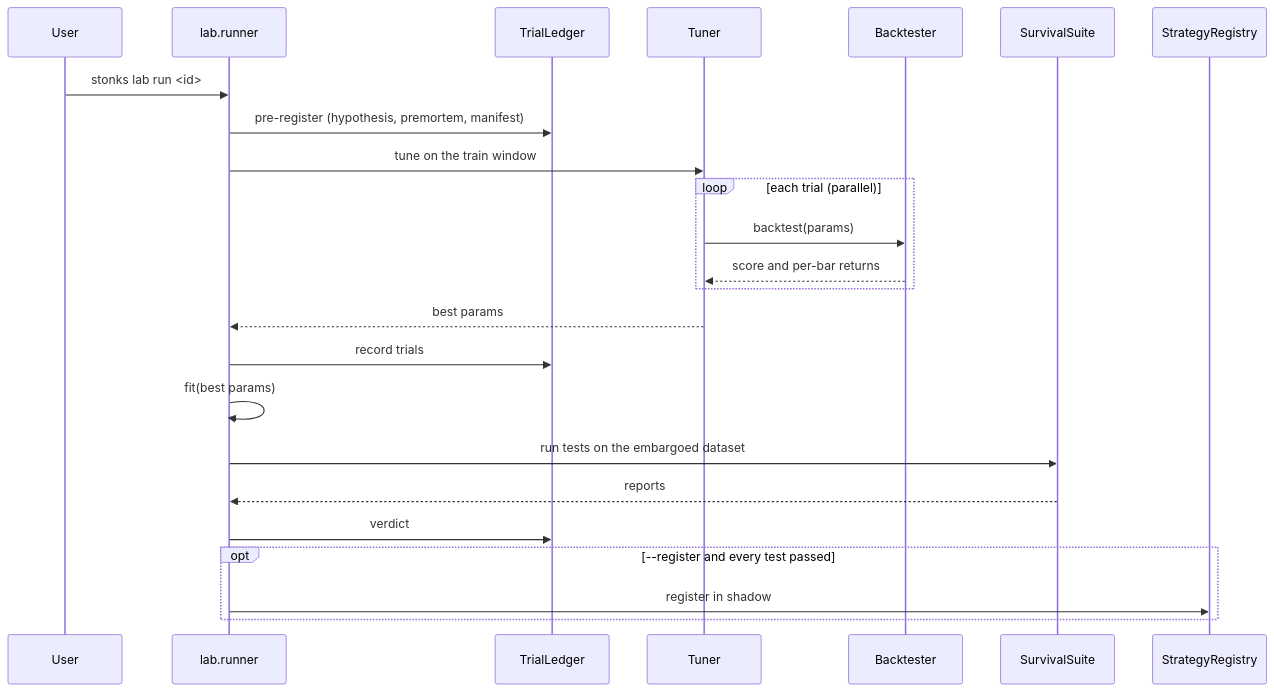
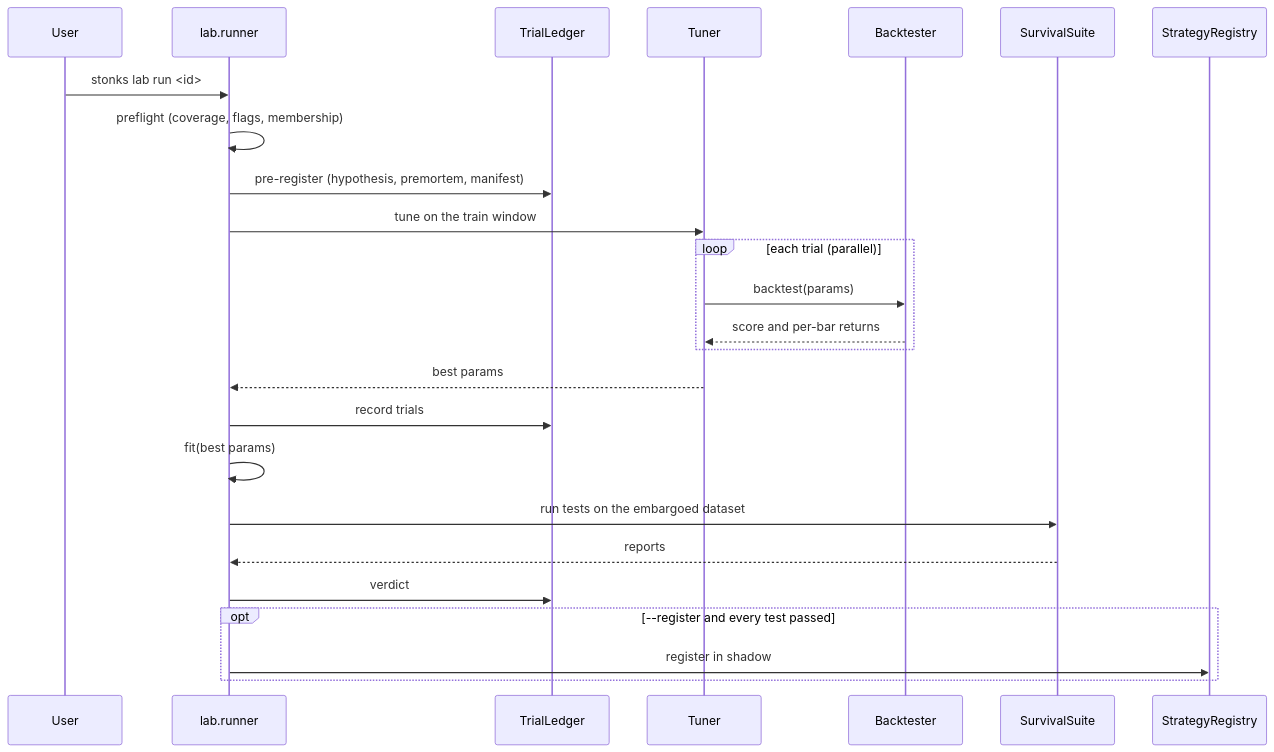
Before and after one commit to sleousis/Stonks: the diagram in docs/blocks/03_strategy_lab.md, drawn with Mermaid. The commit also changed other lines of this file and 1 other file, not shown here.

First line of the commit message:
Document statement audit, universe membership and lab preflight

````diff
--- a/docs/blocks/03_strategy_lab.md
+++ b/docs/blocks/03_strategy_lab.md
@@ -94,26 +96,27 @@
 ```mermaid
 sequenceDiagram
     participant User
     participant Runner as lab.runner
     participant Ledger as TrialLedger
     participant Tuner
     participant BT as Backtester
     participant Suite as SurvivalSuite
     participant Reg as StrategyRegistry
     User->>Runner: stonks lab run <id>
+    Runner->>Runner: preflight (coverage, flags, membership)
     Runner->>Ledger: pre-register (hypothesis, premortem, manifest)
     Runner->>Tuner: tune on the train window
     loop each trial (parallel)
         Tuner->>BT: backtest(params)
         BT-->>Tuner: score and per-bar returns
     end
     Tuner-->>Runner: best params
     Runner->>Ledger: record trials
     Runner->>Runner: fit(best params)
     Runner->>Suite: run tests on the embargoed dataset
     Suite-->>Runner: reports
     Runner->>Ledger: verdict
     opt --register and every test passed
         Runner->>Reg: register in shadow
     end
 ```
````
